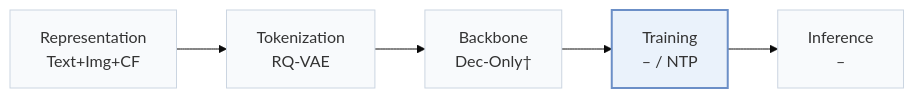
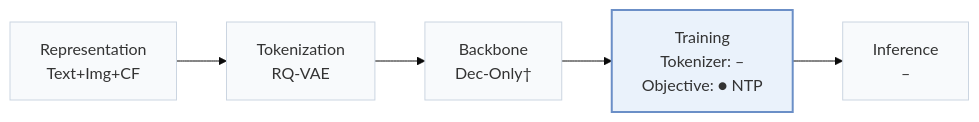
Before and after one commit to Galaxy-ghost/Awesome-SID-Generative-Rec: the first of 2 diagrams in pages/papers/cmrec.md, drawn with Mermaid (base theme). The commit also changed other lines of this file and 558 other files, not shown here.

````diff
--- a/pages/papers/cmrec.md
+++ b/pages/papers/cmrec.md
@@ -15,8 +19,8 @@
 ```mermaid
 flowchart LR
-    R["Representation<br/>Text+Img+CF"] --> T["Tokenization<br/>RQ-VAE"] --> B["Backbone<br/>Dec-Only†"] --> TR["Training<br/>– / NTP"] --> I["Inference<br/>–"]
+    R["Representation<br/>Text+Img+CF"] --> T["Tokenization<br/>RQ-VAE"] --> B["Backbone<br/>Dec-Only†"] --> TR["Training<br/>Tokenizer: –<br/>Objective: ● NTP"] --> I["Inference<br/>–"]
     classDef base fill:#f8fafc,stroke:#cbd5e1
     class R,T,B,TR,I base
     classDef main fill:#eaf2fb,stroke:#6b8fc7,stroke-width:2px
     class TR main
 ```
````
